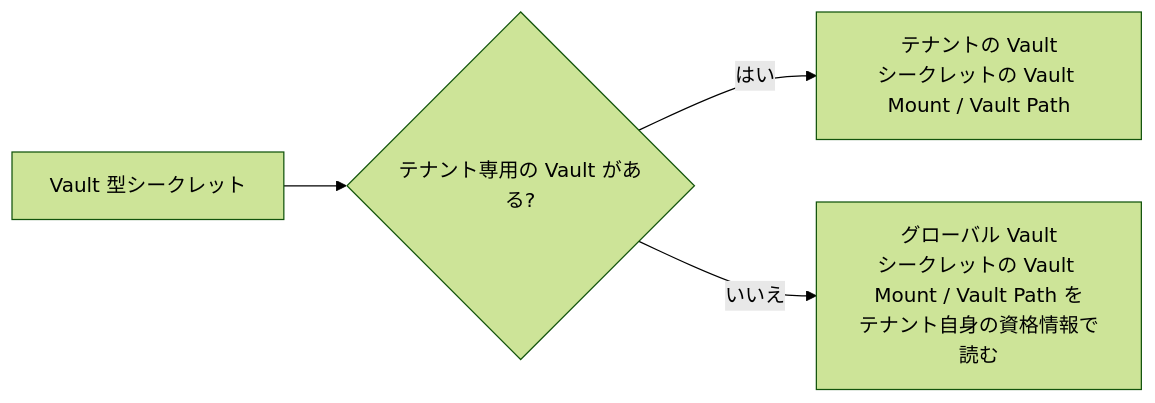
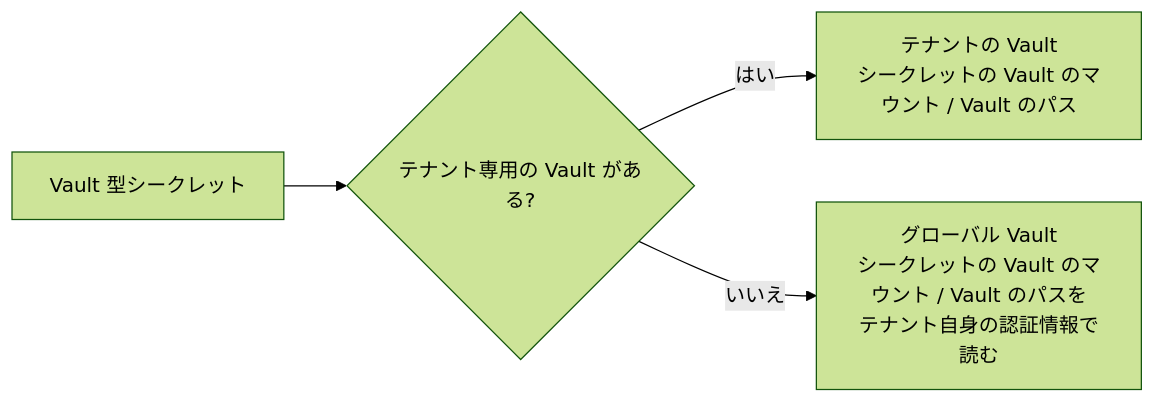
The diagram in website/i18n/ja/docusaurus-plugin-content-docs/current/guides/users-and-groups.md (kaitoy/a2flow), drawn with Mermaid (forest theme) before and after one commit. The commit also changed other lines of this file and 99 other files, not shown here.

````diff
--- a/website/i18n/ja/docusaurus-plugin-content-docs/current/guides/users-and-groups.md
+++ b/website/i18n/ja/docusaurus-plugin-content-docs/current/guides/users-and-groups.md
@@ -73,6 +73,6 @@
 ```mermaid
 flowchart LR
   S[Vault 型シークレット] --> Q{テナント専用の Vault がある?}
-  Q -- はい --> T[テナントの Vault<br/>シークレットの Vault Mount / Vault Path]
-  Q -- いいえ --> G[グローバル Vault<br/>シークレットの Vault Mount / Vault Path を<br/>テナント自身の資格情報で読む]
+  Q -- はい --> T[テナントの Vault<br/>シークレットの Vault のマウント / Vault のパス]
+  Q -- いいえ --> G[グローバル Vault<br/>シークレットの Vault のマウント / Vault のパスを<br/>テナント自身の認証情報で読む]
 ```
````
